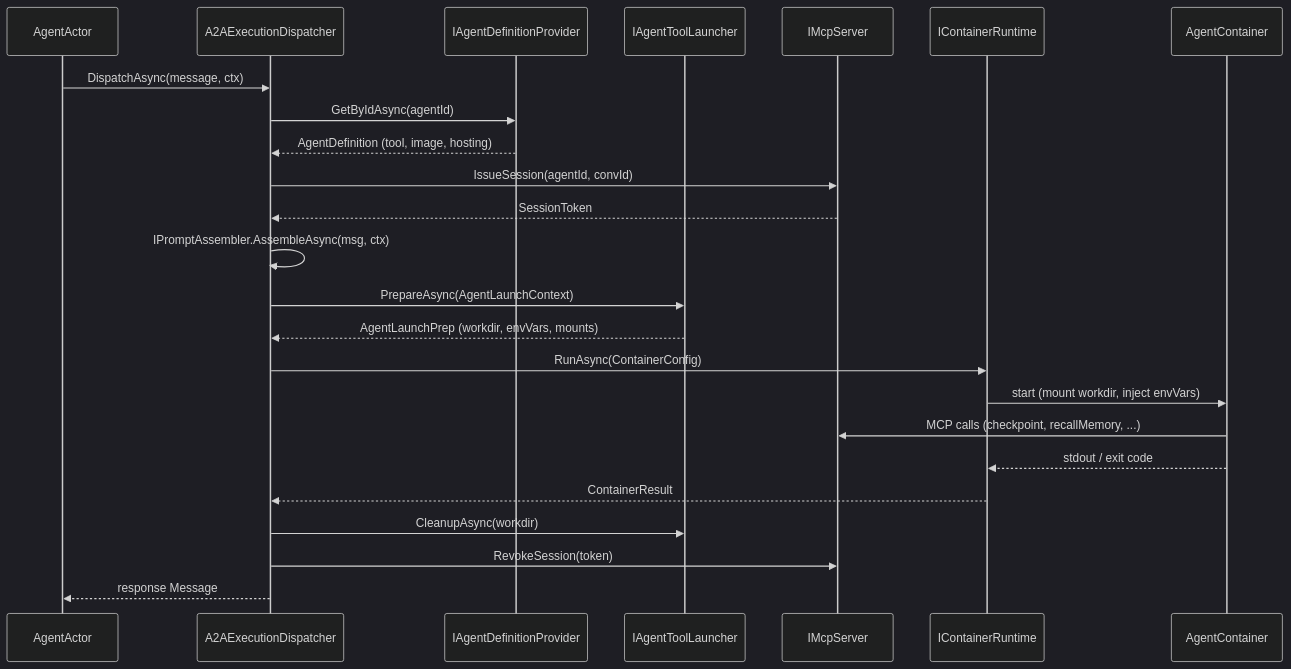
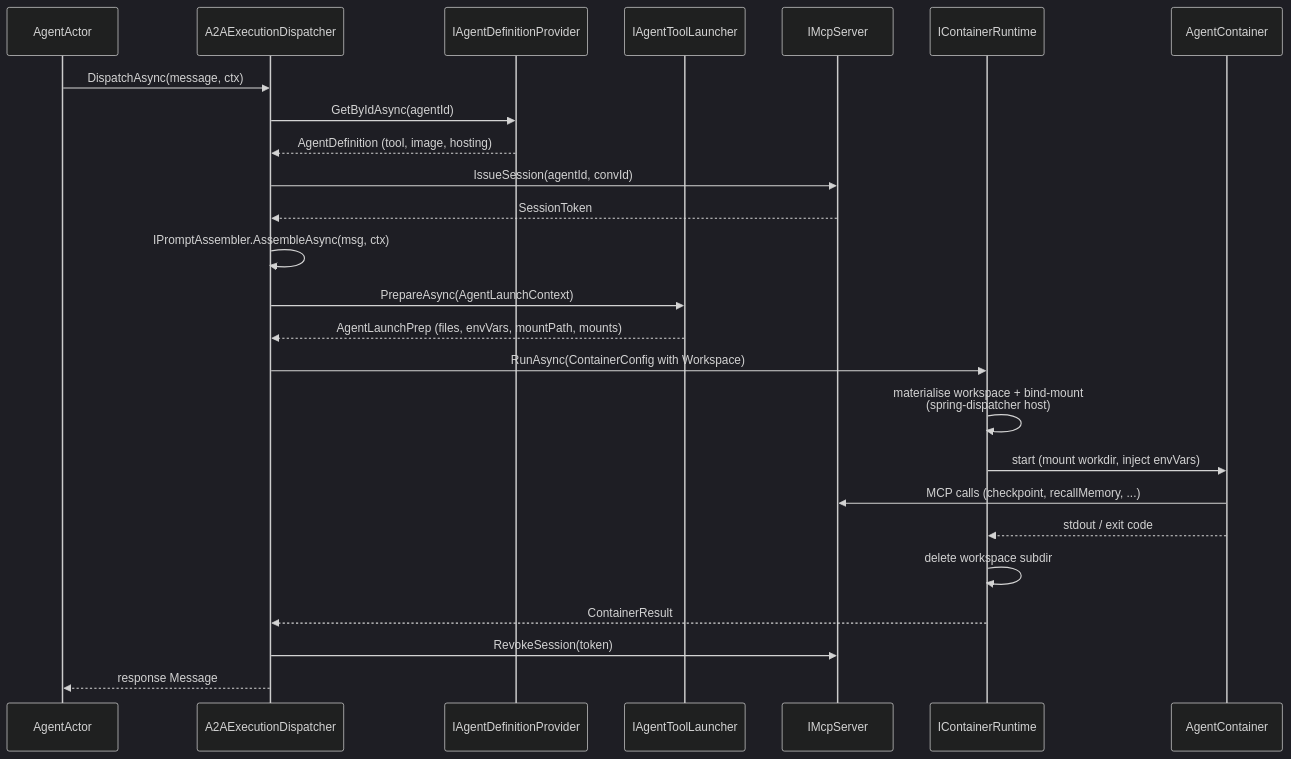
One commit to savasp/spring-voyage changed the first of 2 diagrams in docs/architecture/workflows.md. Above: the diagram before and after it, drawn with Mermaid (dark theme). The commit also changed other lines of this file and 28 other files, not shown here.

````diff
--- a/docs/architecture/workflows.md
+++ b/docs/architecture/workflows.md
@@ -156,27 +155,28 @@
 ```mermaid
 sequenceDiagram
     participant A as AgentActor
     participant Disp as A2AExecutionDispatcher
     participant Prov as IAgentDefinitionProvider
     participant Launcher as IAgentToolLauncher
     participant MCP as IMcpServer
     participant Runtime as IContainerRuntime
     participant Container as AgentContainer
 
     A->>Disp: DispatchAsync(message, ctx)
     Disp->>Prov: GetByIdAsync(agentId)
     Prov-->>Disp: AgentDefinition (tool, image, hosting)
     Disp->>MCP: IssueSession(agentId, convId)
     MCP-->>Disp: SessionToken
     Disp->>Disp: IPromptAssembler.AssembleAsync(msg, ctx)
     Disp->>Launcher: PrepareAsync(AgentLaunchContext)
-    Launcher-->>Disp: AgentLaunchPrep (workdir, envVars, mounts)
-    Disp->>Runtime: RunAsync(ContainerConfig)
+    Launcher-->>Disp: AgentLaunchPrep (files, envVars, mountPath, mounts)
+    Disp->>Runtime: RunAsync(ContainerConfig with Workspace)
+    Runtime->>Runtime: materialise workspace + bind-mount<br/>(spring-dispatcher host)
     Runtime->>Container: start (mount workdir, inject envVars)
     Container->>MCP: MCP calls (checkpoint, recallMemory, ...)
     Container-->>Runtime: stdout / exit code
+    Runtime->>Runtime: delete workspace subdir
     Runtime-->>Disp: ContainerResult
-    Disp->>Launcher: CleanupAsync(workdir)
     Disp->>MCP: RevokeSession(token)
     Disp-->>A: response Message
 ```
````
